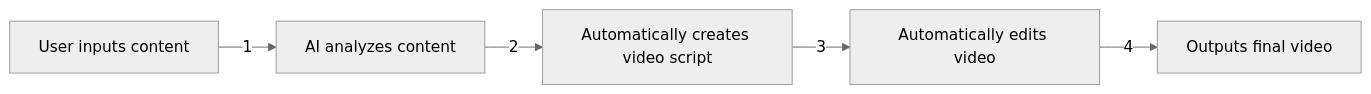
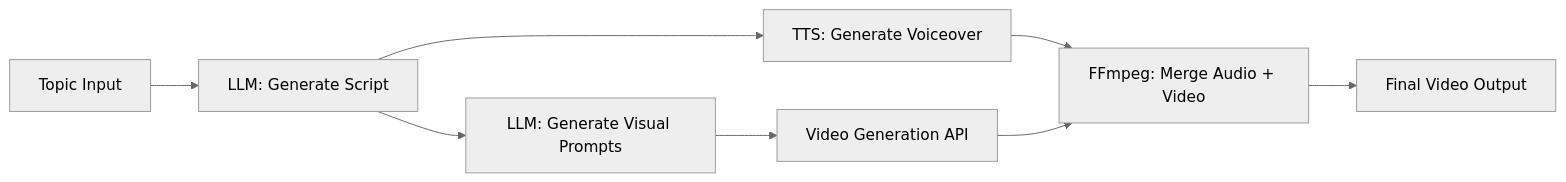
Before and after one commit to a920604a/engineernews: the diagram in src/content/posts/tech/_2026-06-17-aiagent.en.md, drawn with Mermaid (neutral theme). The commit also changed other lines of this file and 4 other files, not shown here.

````diff
--- a/src/content/posts/tech/_2026-06-17-aiagent.en.md
+++ b/src/content/posts/tech/_2026-06-17-aiagent.en.md
@@ -28,7 +25,10 @@
 ```mermaid
 graph LR
-    A[User inputs content] -->|1| B[AI analyzes content]
-    B -->|2| C[Automatically creates video script]
-    C -->|3| D[Automatically edits video]
-    D -->|4| E[Outputs final video]
+    A[Topic Input] --> B[LLM: Generate Script]
+    B --> C[TTS: Generate Voiceover]
+    B --> D[LLM: Generate Visual Prompts]
+    D --> E[Video Generation API]
+    C --> F[FFmpeg: Merge Audio + Video]
+    E --> F
+    F --> G[Final Video Output]
 ```
````
